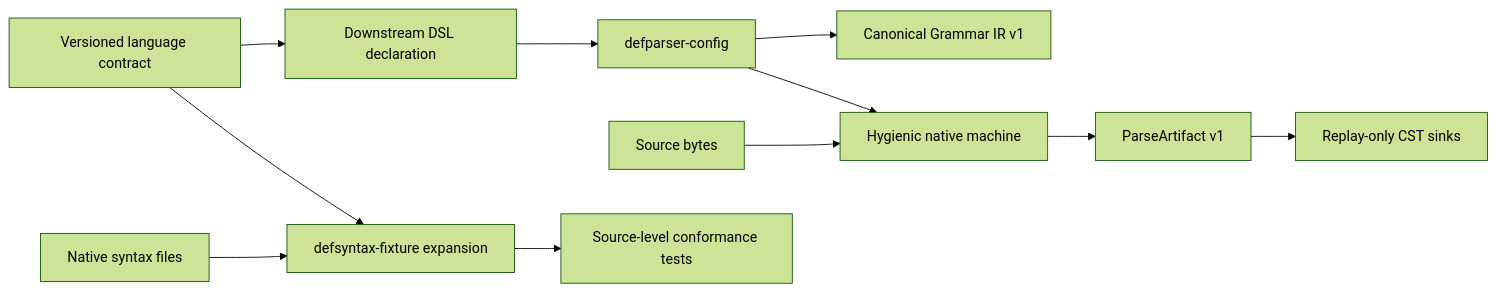
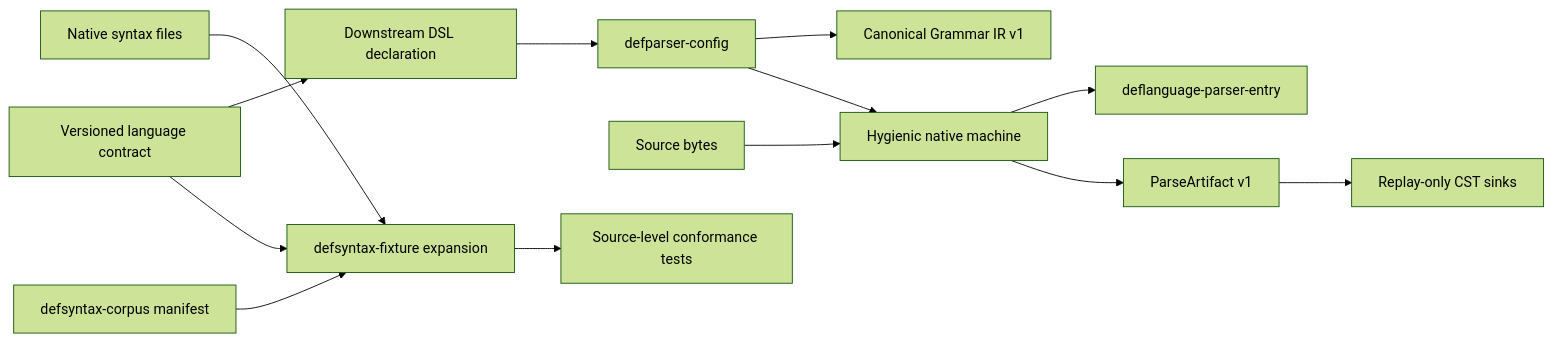
Before and after one commit to tao3k/gerbil-parser: the diagram in docs/architecture/0004-versioned-language-contracts.org, drawn with Mermaid (forest theme). The commit also changed other lines of this file and 67 other files, not shown here.

```diff
--- a/docs/architecture/0004-versioned-language-contracts.org
+++ b/docs/architecture/0004-versioned-language-contracts.org
@@ -18,13 +18,15 @@
 #+begin_src mermaid
 flowchart LR
   D[Downstream DSL declaration] --> C[defparser-config]
   C --> N[Canonical Grammar IR v1]
   C --> M[Hygienic native machine]
+  M --> E[deflanguage-parser-entry]
   S[Source bytes] --> M
   M --> A[ParseArtifact v1]
   A --> R[Replay-only CST sinks]
   V[Versioned language contract] --> D
   F[Native syntax files] --> X[defsyntax-fixture expansion]
+  C1[defsyntax-corpus manifest] --> X
   X --> T[Source-level conformance tests]
   V --> X
 #+end_src
```
